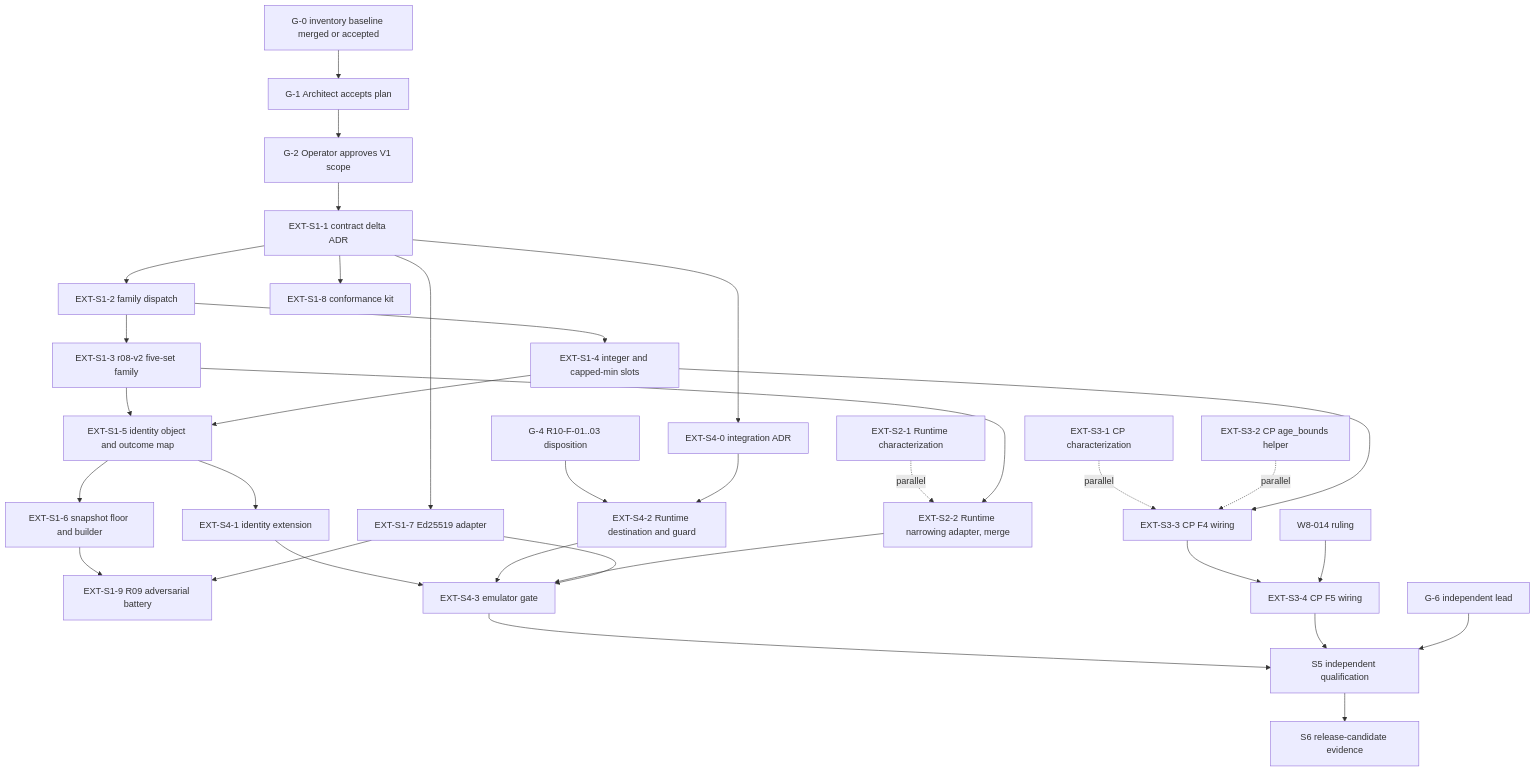
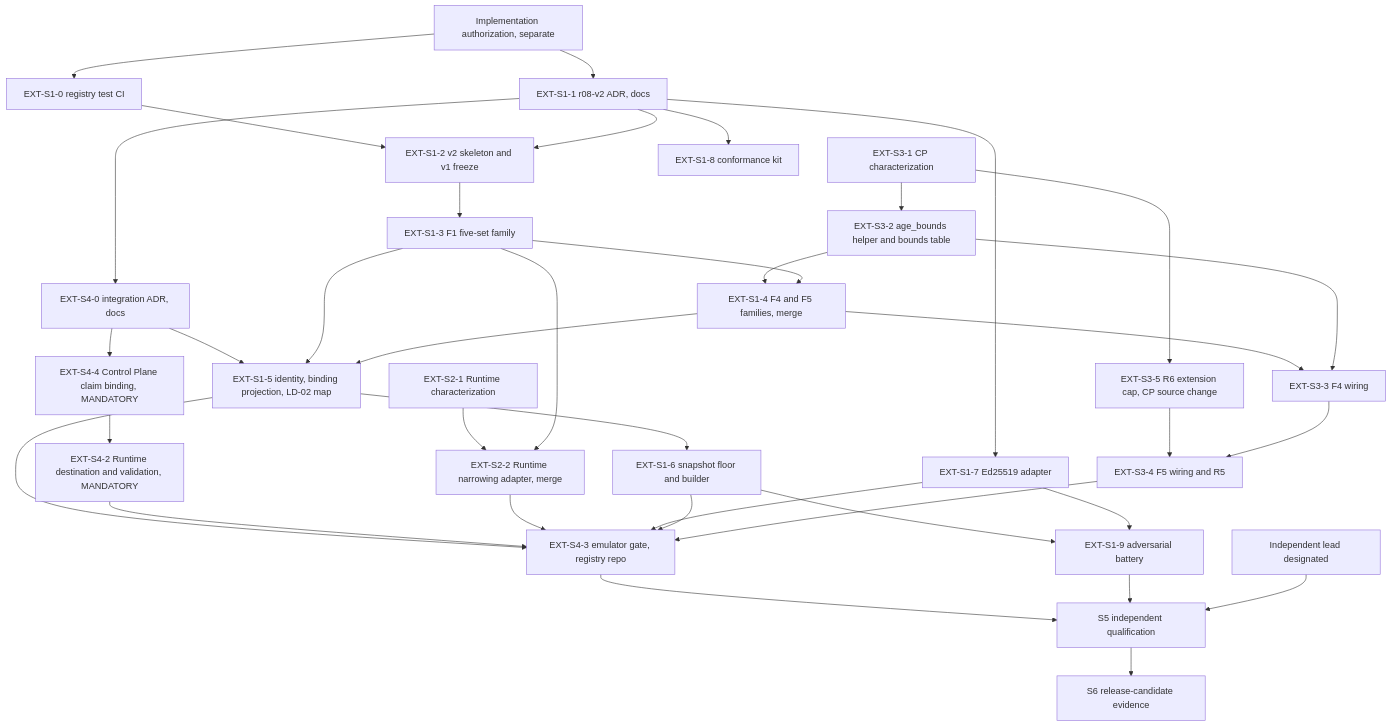
The diagram in docs/p1-extraction-plan/05-contract-and-integration-dependency-graph.md (cogno-us/cognous-ocs-registry), drawn with Mermaid before and after one commit. The commit also changed other lines of this file and 12 other files, not shown here.

First line of the commit message:
docs(p1): finalize plan with approved Option B scope, atomic Route B only and rulings R1-R14

````diff
--- a/docs/p1-extraction-plan/05-contract-and-integration-dependency-graph.md
+++ b/docs/p1-extraction-plan/05-contract-and-integration-dependency-graph.md
@@ -7,35 +7,39 @@
 ```mermaid
 flowchart TD
-  G0[G-0 inventory baseline merged or accepted] --> G1[G-1 Architect accepts plan]
-  G1 --> G2[G-2 Operator approves V1 scope]
-  G2 --> S11[EXT-S1-1 contract delta ADR]
-  S11 --> S12[EXT-S1-2 family dispatch]
-  S12 --> S13[EXT-S1-3 r08-v2 five-set family]
-  S12 --> S14[EXT-S1-4 integer and capped-min slots]
-  S13 --> S15[EXT-S1-5 identity object and outcome map]
+  G3a[Implementation authorization, separate] --> S10[EXT-S1-0 registry test CI]
+  G3a --> S11[EXT-S1-1 r08-v2 ADR, docs]
+  S10 --> S12
+  S11 --> S12[EXT-S1-2 v2 skeleton and v1 freeze]
+  S12 --> S13[EXT-S1-3 F1 five-set family]
+  S31[EXT-S3-1 CP characterization] --> S32[EXT-S3-2 age_bounds helper and bounds table]
+  S32 --> S14[EXT-S1-4 F4 and F5 families, merge]
+  S13 --> S14
+  S11 --> S40[EXT-S4-0 integration ADR, docs]
+  S40 --> S44[EXT-S4-4 Control Plane claim binding, MANDATORY]
+  S44 --> S42[EXT-S4-2 Runtime destination and validation, MANDATORY]
+  S40 --> S15[EXT-S1-5 identity, binding projection, LD-02 map]
+  S13 --> S15
   S14 --> S15
   S15 --> S16[EXT-S1-6 snapshot floor and builder]
   S11 --> S17[EXT-S1-7 Ed25519 adapter]
   S11 --> S18[EXT-S1-8 conformance kit]
-  S16 --> S19[EXT-S1-9 R09 adversarial battery]
+  S16 --> S19[EXT-S1-9 adversarial battery]
   S17 --> S19
-  S2a[EXT-S2-1 Runtime characterization] -.parallel.-> S2b
-  S13 --> S2b[EXT-S2-2 Runtime narrowing adapter, merge]
-  S3a[EXT-S3-1 CP characterization] -.parallel.-> S3c
-  S3b[EXT-S3-2 CP age_bounds helper] -.parallel.-> S3c
-  S14 --> S3c[EXT-S3-3 CP F4 wiring]
-  S3c --> S3d[EXT-S3-4 CP F5 wiring]
-  W8[W8-014 ruling] --> S3d
-  S11 --> S40[EXT-S4-0 integration ADR]
-  G4[G-4 R10-F-01..03 disposition] --> S42[EXT-S4-2 Runtime destination and guard]
-  S40 --> S42
-  S15 --> S41[EXT-S4-1 identity extension]
-  S41 --> S43[EXT-S4-3 emulator gate]
+  S21[EXT-S2-1 Runtime characterization] --> S22[EXT-S2-2 Runtime narrowing adapter, merge]
+  S13 --> S22
+  S14 --> S33[EXT-S3-3 F4 wiring]
+  S32 --> S33
+  S31 --> S35[EXT-S3-5 R6 extension cap, CP source change]
+  S35 --> S34[EXT-S3-4 F5 wiring and R5]
+  S33 --> S34
+  S15 --> S43[EXT-S4-3 emulator gate, registry repo]
   S42 --> S43
-  S2b --> S43
+  S22 --> S43
   S17 --> S43
+  S16 --> S43
+  S34 --> S43
   S43 --> S5[S5 independent qualification]
-  S3d --> S5
-  G6[G-6 independent lead] --> S5
+  S19 --> S5
+  GL[Independent lead designated] --> S5
   S5 --> S6[S6 release-candidate evidence]
 ```
````
